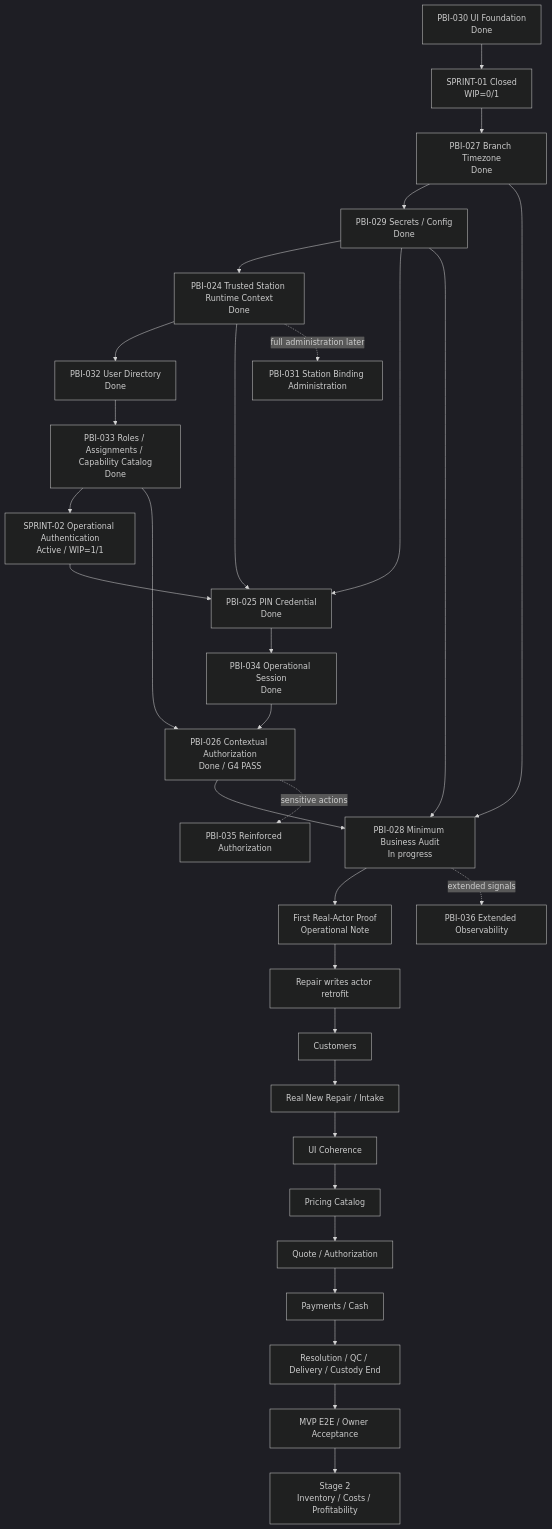
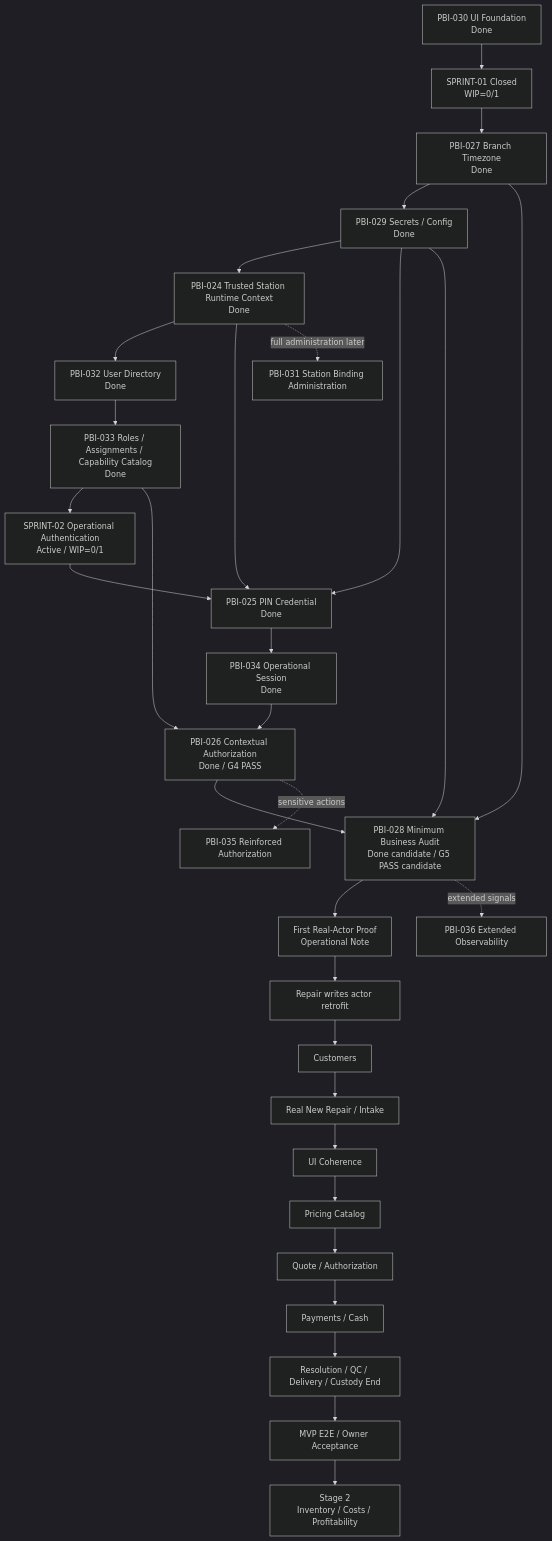
Before and after one commit to luisgtzaviles/SrTaller-2.0: the diagram in docs/backlog/DEPENDENCY_MAP.md, drawn with Mermaid (dark theme). The commit also changed other lines of this file and 20 other files, not shown here.

Commit message:
docs(roadmap): prepare PBI-028 canonical closure

````diff
--- a/docs/backlog/DEPENDENCY_MAP.md
+++ b/docs/backlog/DEPENDENCY_MAP.md
@@ -13,33 +13,33 @@
 ```mermaid
 flowchart TD
     P30[PBI-030 UI Foundation<br/>Done] --> S1[SPRINT-01 Closed<br/>WIP=0/1]
     S1 --> P27[PBI-027 Branch Timezone<br/>Done]
     P27 --> P29[PBI-029 Secrets / Config<br/>Done]
     P29 --> P24[PBI-024 Trusted Station Runtime Context<br/>Done]
     P24 --> P32[PBI-032 User Directory<br/>Done]
     P32 --> P33[PBI-033 Roles / Assignments / Capability Catalog<br/>Done]
-    P33 --> S2[SPRINT-02 Operational Authentication<br/>Active / WIP=1/1]
+    P33 --> S2[SPRINT-02 Operational Authentication<br/>Active / WIP=0/1]
     S2 --> P25[PBI-025 PIN Credential<br/>Done]
     P24 --> P25
     P29 --> P25
     P25 --> P34[PBI-034 Operational Session<br/>Done]
     P34 --> P26[PBI-026 Contextual Authorization<br/>Done / G4 PASS]
     P33 --> P26
-    P26 --> P28[PBI-028 Minimum Business Audit<br/>In progress]
+    P26 --> P28[PBI-028 Minimum Business Audit<br/>Done candidate / G5 PASS candidate]
     P27 --> P28
     P29 --> P28
     P28 --> NOTE[First Real-Actor Proof<br/>Operational Note]
     NOTE --> RETRO[Repair writes actor retrofit]
     RETRO --> CUSTOMERS[Customers]
     CUSTOMERS --> INTAKE[Real New Repair / Intake]
     INTAKE --> POLISH[UI Coherence]
     POLISH --> PRICING[Pricing Catalog]
     PRICING --> QUOTE[Quote / Authorization]
     QUOTE --> MONEY[Payments / Cash]
     MONEY --> DELIVERY[Resolution / QC / Delivery / Custody End]
     DELIVERY --> MVP[MVP E2E / Owner Acceptance]
     P24 -. full administration later .-> P31[PBI-031 Station Binding Administration]
     P26 -. sensitive actions .-> P35[PBI-035 Reinforced Authorization]
     P28 -. extended signals .-> P36[PBI-036 Extended Observability]
     MVP --> STAGE2[Stage 2<br/>Inventory / Costs / Profitability]
 ```
````
